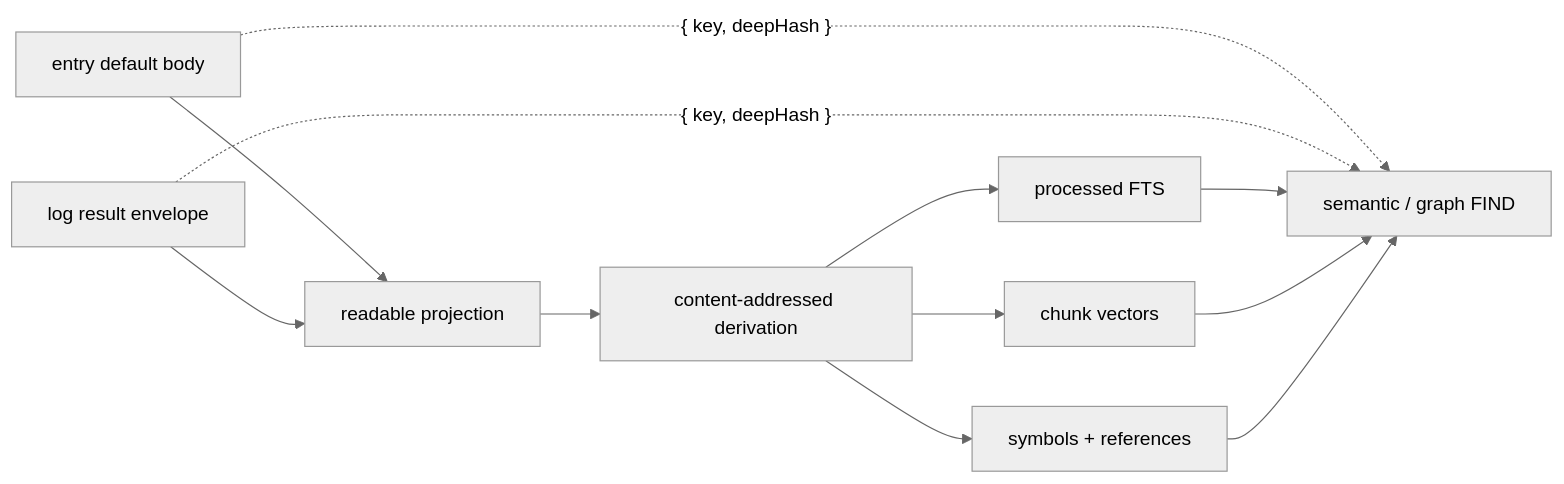
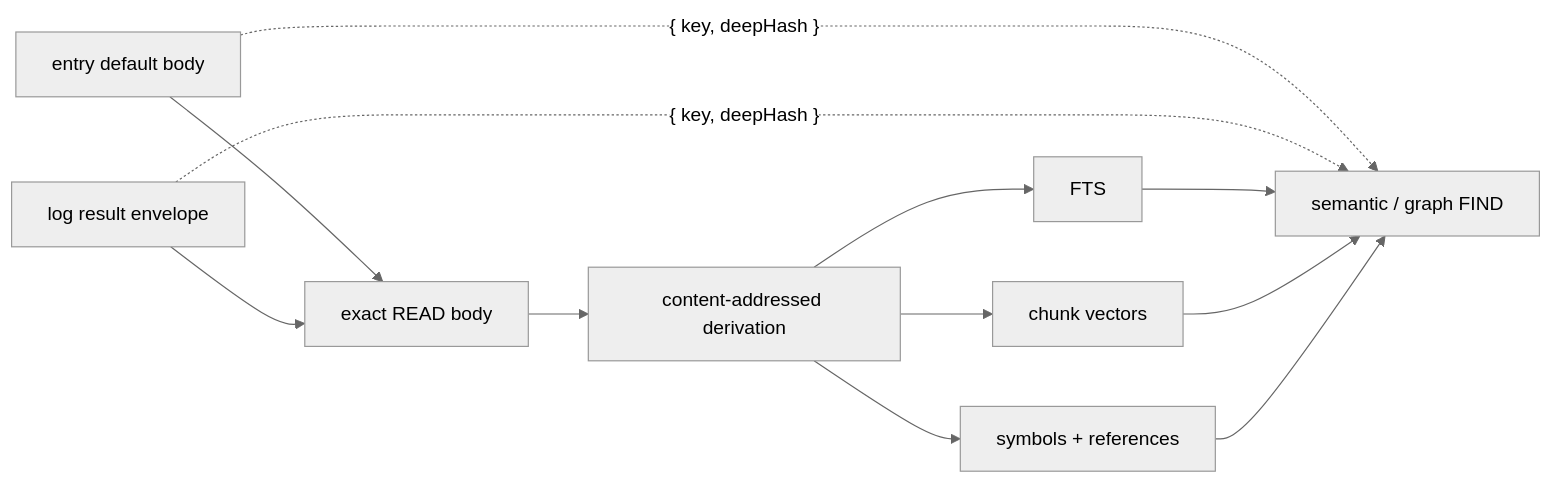
The seventh of 7 diagrams in plurnk-core/SPEC.md (plurnk/plurnk-service), drawn with Mermaid (neutral theme) before and after one commit. The commit also changed other lines of this file and 11 other files, not shown here.

````diff
--- a/plurnk-core/SPEC.md
+++ b/plurnk-core/SPEC.md
@@ -679,14 +679,14 @@
 ```mermaid
 flowchart LR
-    E["entry default body"] --> P["readable projection"]
+    E["entry default body"] --> P["exact READ body"]
     L["log result envelope"] --> P
     P --> H["content-addressed derivation"]
-    H --> F["processed FTS"]
+    H --> F["FTS"]
     H --> V["chunk vectors"]
     H --> G["symbols + references"]
     E -. "{ key, deepHash }" .-> Q["semantic / graph FIND"]
     L -. "{ key, deepHash }" .-> Q
     F --> Q
     V --> Q
     G --> Q
 ```
````
